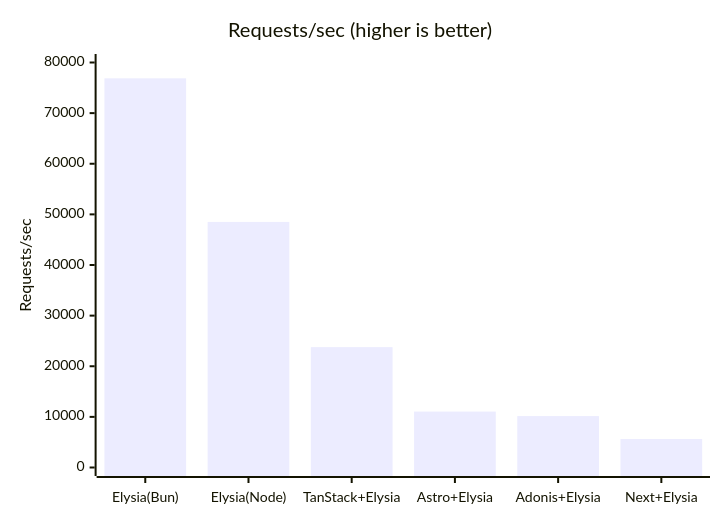
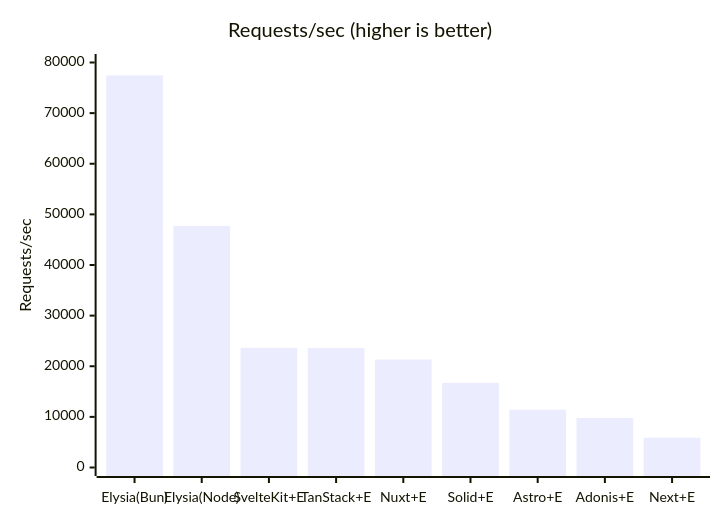
Before and after one commit to zaru/ts-benchmark: the first of 3 diagrams in README.md, drawn with Mermaid. The commit also changed other lines of this file and 42 other files, not shown here.

First line of the commit message:
ベンチマーク対象に SolidStart / SvelteKit / Nuxt を追加し、計測の正当性検証を強化

````diff
--- a/README.md
+++ b/README.md
@@ -153,7 +193,7 @@
 ```mermaid
 xychart-beta
     title "Requests/sec (higher is better)"
-    x-axis ["Elysia(Bun)", "Elysia(Node)", "TanStack+Elysia", "Astro+Elysia", "Adonis+Elysia", "Next+Elysia"]
+    x-axis ["Elysia(Bun)", "Elysia(Node)", "SvelteKit+E", "TanStack+E", "Nuxt+E", "Solid+E", "Astro+E", "Adonis+E", "Next+E"]
     y-axis "Requests/sec" 0 --> 80000
-    bar [76874, 48511, 23780, 11050, 10154, 5637]
+    bar [77450, 47727, 23639, 23594, 21314, 16708, 11420, 9804, 5904]
 ```
````
